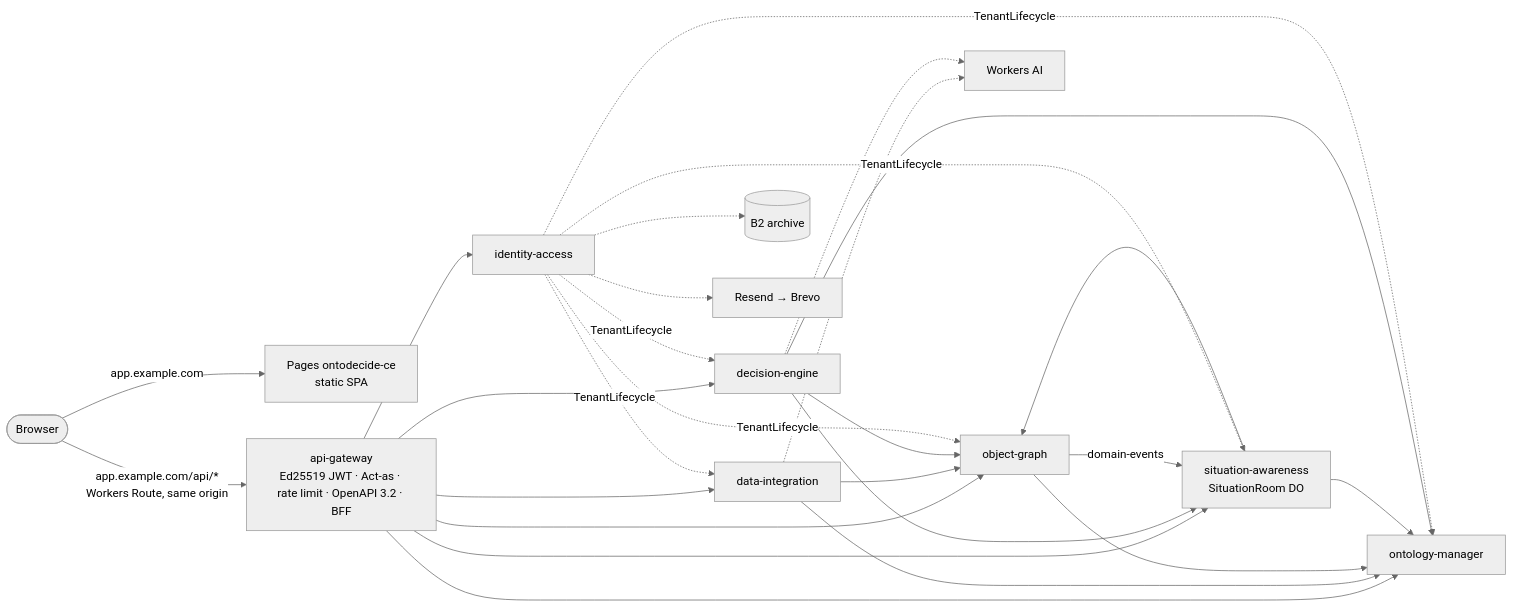
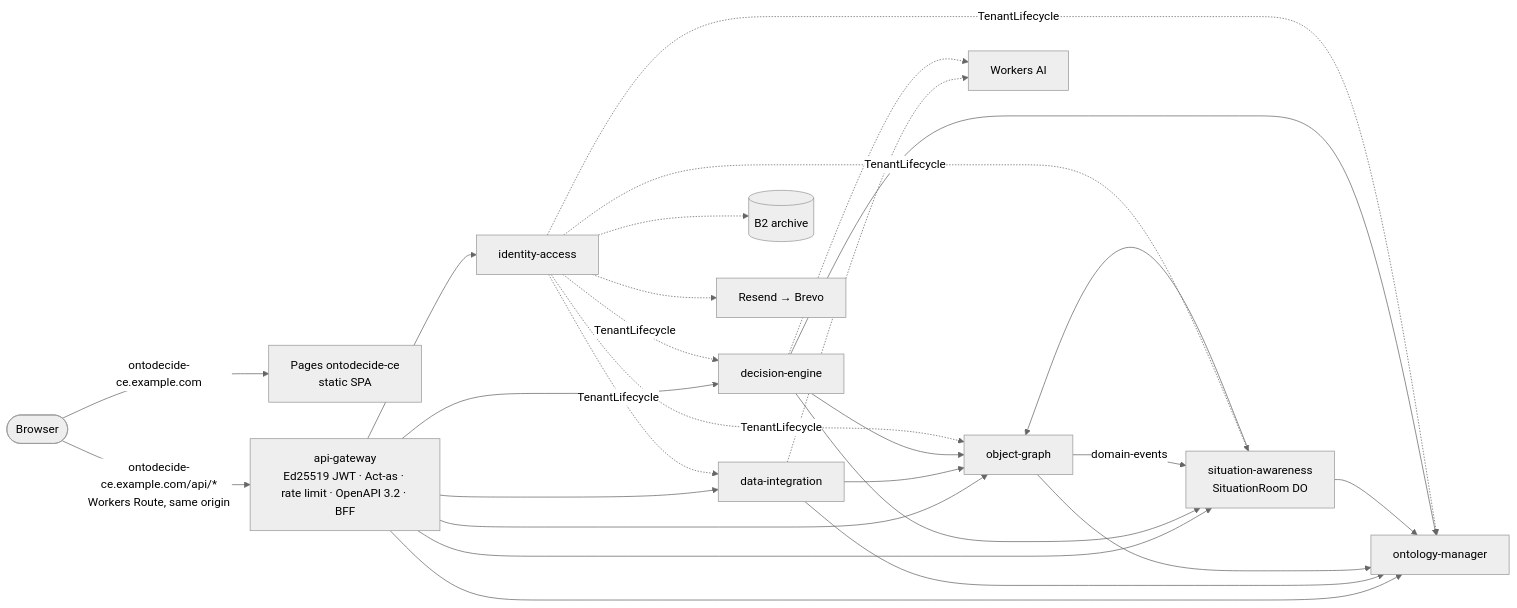
The diagram in README.md (venslupro/ontodecide-ce), drawn with Mermaid (neutral theme) before and after one commit. The commit also changed other lines of this file and 44 other files, not shown here.

````diff
--- a/README.md
+++ b/README.md
@@ -19,25 +19,25 @@
 ```mermaid
 flowchart LR
-  B([Browser]) -->|app.example.com| P[Pages ontodecide-ce<br/>static SPA]
-  B -->|app.example.com/api/*<br/>Workers Route, same origin| G[api-gateway<br/>Ed25519 JWT · Act-as · rate limit · OpenAPI 3.2 · BFF]
+  B([Browser]) -->|ontodecide-ce.example.com| P[Pages ontodecide-ce<br/>static SPA]
+  B -->|ontodecide-ce.example.com/api/*<br/>Workers Route, same origin| G[api-gateway<br/>Ed25519 JWT · Act-as · rate limit · OpenAPI 3.2 · BFF]
   G --> I[identity-access]
   G --> O[ontology-manager]
   G --> D[data-integration]
   G --> OG[object-graph]
   G --> S[situation-awareness<br/>SituationRoom DO]
   G --> DE[decision-engine]
   D --> O
   D --> OG
   OG --> O
   S --> OG
   S --> O
   DE --> OG
   DE --> S
   DE --> O
   OG -- domain-events --> S
   I -. TenantLifecycle .-> O & D & OG & S & DE
   I -.-> B2[(B2 archive)]
   I -.-> M[Resend → Brevo]
   D -.-> AI[Workers AI]
   DE -.-> AI
 ```
````
